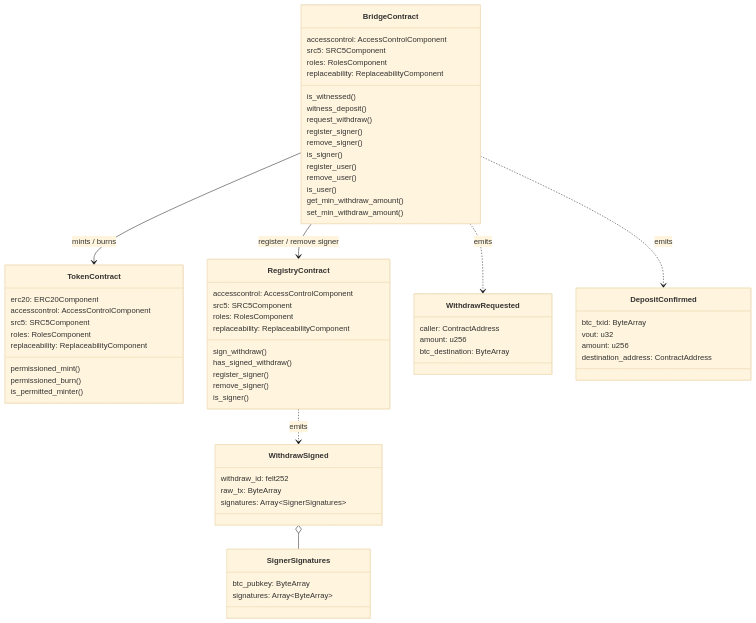
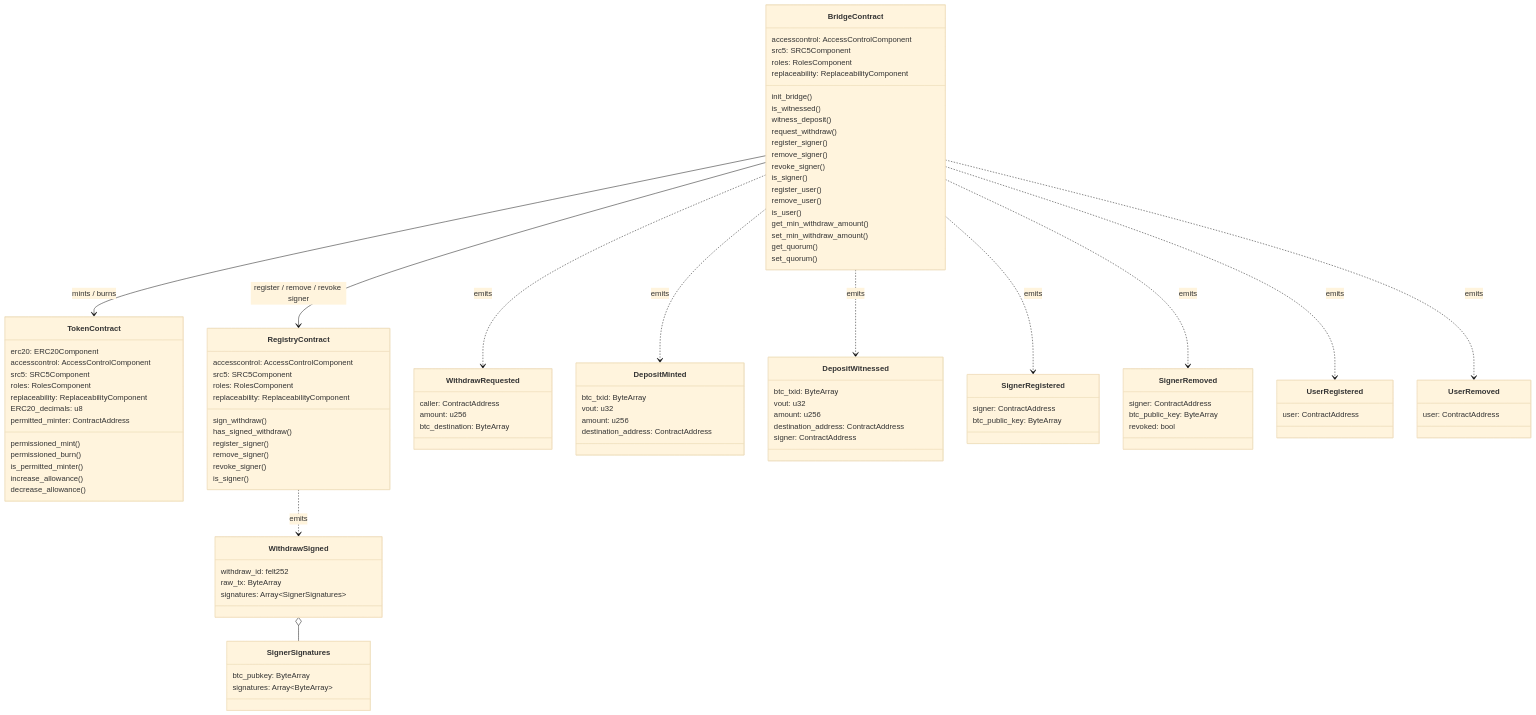
The diagram in contracts/spec.md (starkware-libs/strkBTC), drawn with Mermaid (base theme) before and after one commit. The commit also changed other lines of this file and 16 other files, not shown here.

````diff
--- a/contracts/spec.md
+++ b/contracts/spec.md
@@ -10,10 +10,14 @@
         src5: SRC5Component
         roles: RolesComponent
         replaceability: ReplaceabilityComponent
+        ERC20_decimals: u8
+        permitted_minter: ContractAddress
 
         permissioned_mint()
         permissioned_burn()
         is_permitted_minter()
+        increase_allowance()
+        decrease_allowance()
     }
     class BridgeContract {
         accesscontrol: AccessControlComponent
@@ -21,17 +25,21 @@
         roles: RolesComponent
         replaceability: ReplaceabilityComponent
 
+        init_bridge()
         is_witnessed()
         witness_deposit()
         request_withdraw()
         register_signer()
         remove_signer()
+        revoke_signer()
         is_signer()
         register_user()
         remove_user()
         is_user()
         get_min_withdraw_amount()
         set_min_withdraw_amount()
+        get_quorum()
+        set_quorum()
     }
     class RegistryContract {
         accesscontrol: AccessControlComponent
@@ -43,6 +51,7 @@
         has_signed_withdraw()
         register_signer()
         remove_signer()
+        revoke_signer()
         is_signer()
     }
     class SignerSignatures {
@@ -59,16 +68,43 @@
         amount: u256
         btc_destination: ByteArray
     }
-    class DepositConfirmed {
+    class DepositMinted {
         btc_txid: ByteArray
         vout: u32
         amount: u256
         destination_address: ContractAddress
     }
+    class DepositWitnessed {
+        btc_txid: ByteArray
+        vout: u32
+        amount: u256
+        destination_address: ContractAddress
+        signer: ContractAddress
+    }
+    class SignerRegistered {
+        signer: ContractAddress
+        btc_public_key: ByteArray
+    }
+    class SignerRemoved {
+        signer: ContractAddress
+        btc_public_key: ByteArray
+        revoked: bool
+    }
+    class UserRegistered {
+        user: ContractAddress
+    }
+    class UserRemoved {
+        user: ContractAddress
+    }
     BridgeContract ..> WithdrawRequested : emits
-    BridgeContract ..> DepositConfirmed : emits
+    BridgeContract ..> DepositMinted : emits
+    BridgeContract ..> DepositWitnessed : emits
+    BridgeContract ..> SignerRegistered : emits
+    BridgeContract ..> SignerRemoved : emits
+    BridgeContract ..> UserRegistered : emits
+    BridgeContract ..> UserRemoved : emits
     BridgeContract --> TokenContract : mints / burns
-    BridgeContract --> RegistryContract : register / remove signer
+    BridgeContract --> RegistryContract : register / remove / revoke signer
     RegistryContract ..> WithdrawSigned : emits
     WithdrawSigned o-- SignerSignatures
 ```
````
